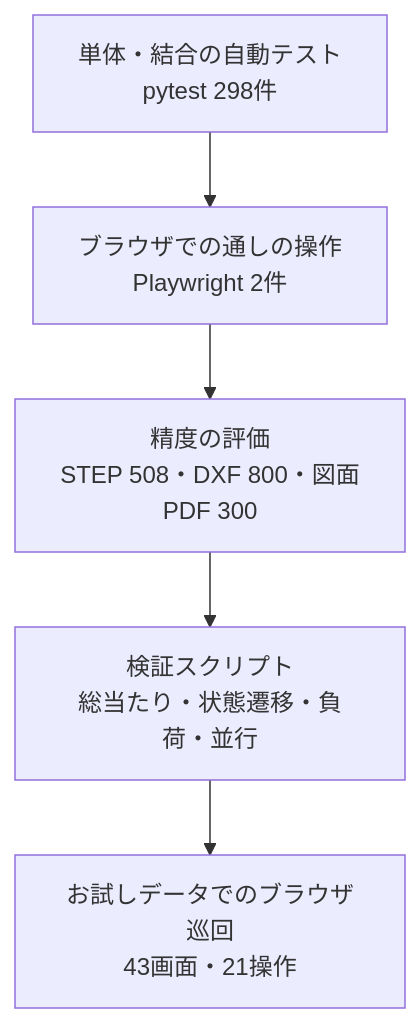
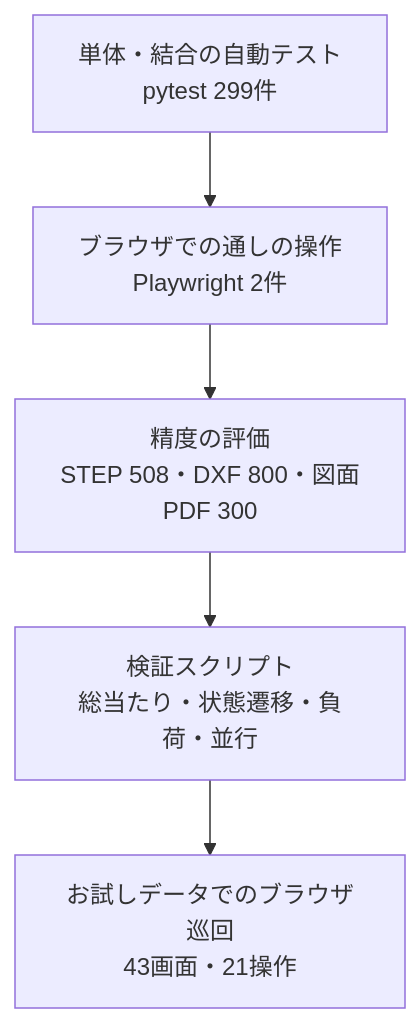
One commit to 1975020t/step_analysis_for_automatic-estimate changed the diagram in docs/09_テスト報告書.md. Above: the diagram before and after it, drawn with Mermaid. The commit also changed other lines of this file and 15 other files, not shown here.

````diff
--- a/docs/09_テスト報告書.md
+++ b/docs/09_テスト報告書.md
@@ -35,7 +35,7 @@
 ```mermaid 図 試験の層（上ほど細かく速い、下ほど実際の使い方に近い）
 flowchart TD
-  u[単体・結合の自動テスト<br/>pytest 298件] --> e[ブラウザでの通しの操作<br/>Playwright 2件]
+  u[単体・結合の自動テスト<br/>pytest 299件] --> e[ブラウザでの通しの操作<br/>Playwright 2件]
   e --> g[精度の評価<br/>STEP 508・DXF 800・図面PDF 300]
   g --> v[検証スクリプト<br/>総当たり・状態遷移・負荷・並行]
   v --> b[お試しデータでのブラウザ巡回<br/>43画面・21操作]
 ```
````
